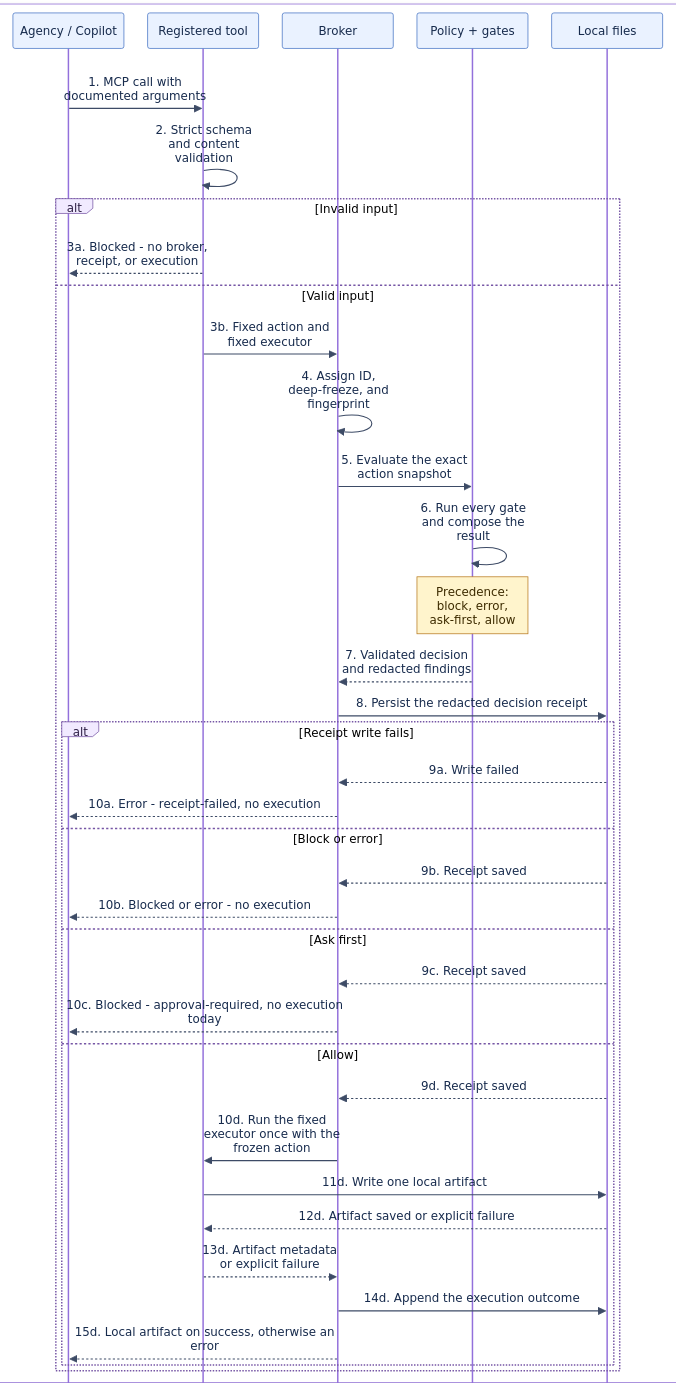
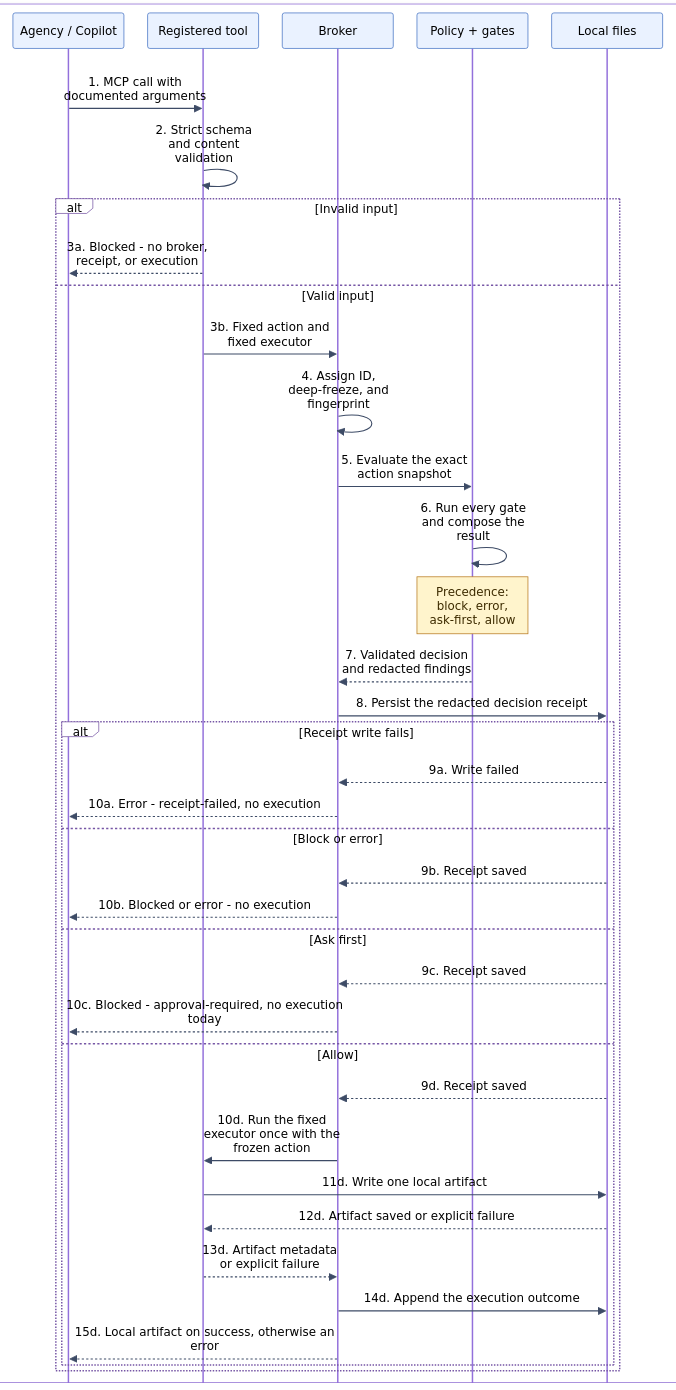
The fifth of 5 diagrams in README.md (debchoudhury-id4s/agent-airlock), drawn with Mermaid before and after one commit. The commit also changed other lines of this file and 3 other files, not shown here.

Commit message:
update README diagrams and restructure repo

````diff
--- a/README.md
+++ b/README.md
@@ -270,45 +248,45 @@
 ```mermaid
-%%{init: {"fontFamily": "Calibri Light, Calibri, Arial, sans-serif", "themeVariables": {"background": "#ffffff", "fontSize": "11pt", "actorBkg": "#eaf2ff", "actorBorder": "#4472c4", "actorTextColor": "#172b4d", "signalColor": "#3d4b66", "signalTextColor": "#172b4d", "labelBoxBkgColor": "#f1eaff", "labelBoxBorderColor": "#7656a5", "labelTextColor": "#2f2147", "noteBkgColor": "#fff4cc", "noteBorderColor": "#b7791f", "noteTextColor": "#3d2b00"}, "sequence": {"useMaxWidth": true, "diagramMarginX": 0, "diagramMarginY": 0, "actorMargin": 32, "width": 150, "height": 48, "boxMargin": 8, "boxTextMargin": 8, "noteMargin": 10, "messageMargin": 28, "mirrorActors": false, "wrap": true, "wrapPadding": 8}}}%%
+%%{init: {"fontFamily": "Calibri Light, Calibri, Arial, sans-serif", "themeVariables": {"background": "#ffffff", "fontSize": "11pt", "actorBkg": "#eaf2ff", "actorBorder": "#4472c4", "actorTextColor": "#000000", "signalColor": "#3d4b66", "signalTextColor": "#000000", "labelBoxBkgColor": "#ffffff", "labelBoxBorderColor": "#7656a5", "labelTextColor": "#000000", "loopTextColor": "#000000", "noteBkgColor": "#fff4cc", "noteBorderColor": "#b7791f", "noteTextColor": "#3d2b00"}, "sequence": {"useMaxWidth": true, "diagramMarginX": 0, "diagramMarginY": 0, "actorMargin": 32, "width": 150, "height": 48, "boxMargin": 8, "boxTextMargin": 8, "noteMargin": 10, "messageMargin": 28, "mirrorActors": false, "wrap": true, "wrapPadding": 8}}}%%
 sequenceDiagram
     box rgb(255, 255, 255)
     participant Caller as Agency / Copilot
     participant Tool as Registered tool
     participant Broker
     participant Rules as Policy + gates
     participant Files as Local files
     end
 
     rect rgb(255, 255, 255)
     Caller->>Tool: 1. MCP call with documented arguments
     Tool->>Tool: 2. Strict schema and content validation
     alt Invalid input
         Tool-->>Caller: 3a. Blocked - no broker, receipt, or execution
     else Valid input
         Tool->>Broker: 3b. Fixed action and fixed executor
         Broker->>Broker: 4. Assign ID, deep-freeze, and fingerprint
         Broker->>Rules: 5. Evaluate the exact action snapshot
         Rules->>Rules: 6. Run every gate and compose the result
         Note over Rules: Precedence: block, error, ask-first, allow
         Rules-->>Broker: 7. Validated decision and redacted findings
         Broker->>Files: 8. Persist the redacted decision receipt
         alt Receipt write fails
             Files-->>Broker: 9a. Write failed
             Broker-->>Caller: 10a. Error - receipt-failed, no execution
         else Block or error
             Files-->>Broker: 9b. Receipt saved
             Broker-->>Caller: 10b. Blocked or error - no execution
         else Ask first
             Files-->>Broker: 9c. Receipt saved
             Broker-->>Caller: 10c. Blocked - approval-required, no execution today
         else Allow
             Files-->>Broker: 9d. Receipt saved
             Broker->>Tool: 10d. Run the fixed executor once with the frozen action
             Tool->>Files: 11d. Write one local artifact
             Files-->>Tool: 12d. Artifact saved or explicit failure
             Tool-->>Broker: 13d. Artifact metadata or explicit failure
             Broker->>Files: 14d. Append the execution outcome
             Broker-->>Caller: 15d. Local artifact on success, otherwise an error
         end
     end
     end
 ```
````
